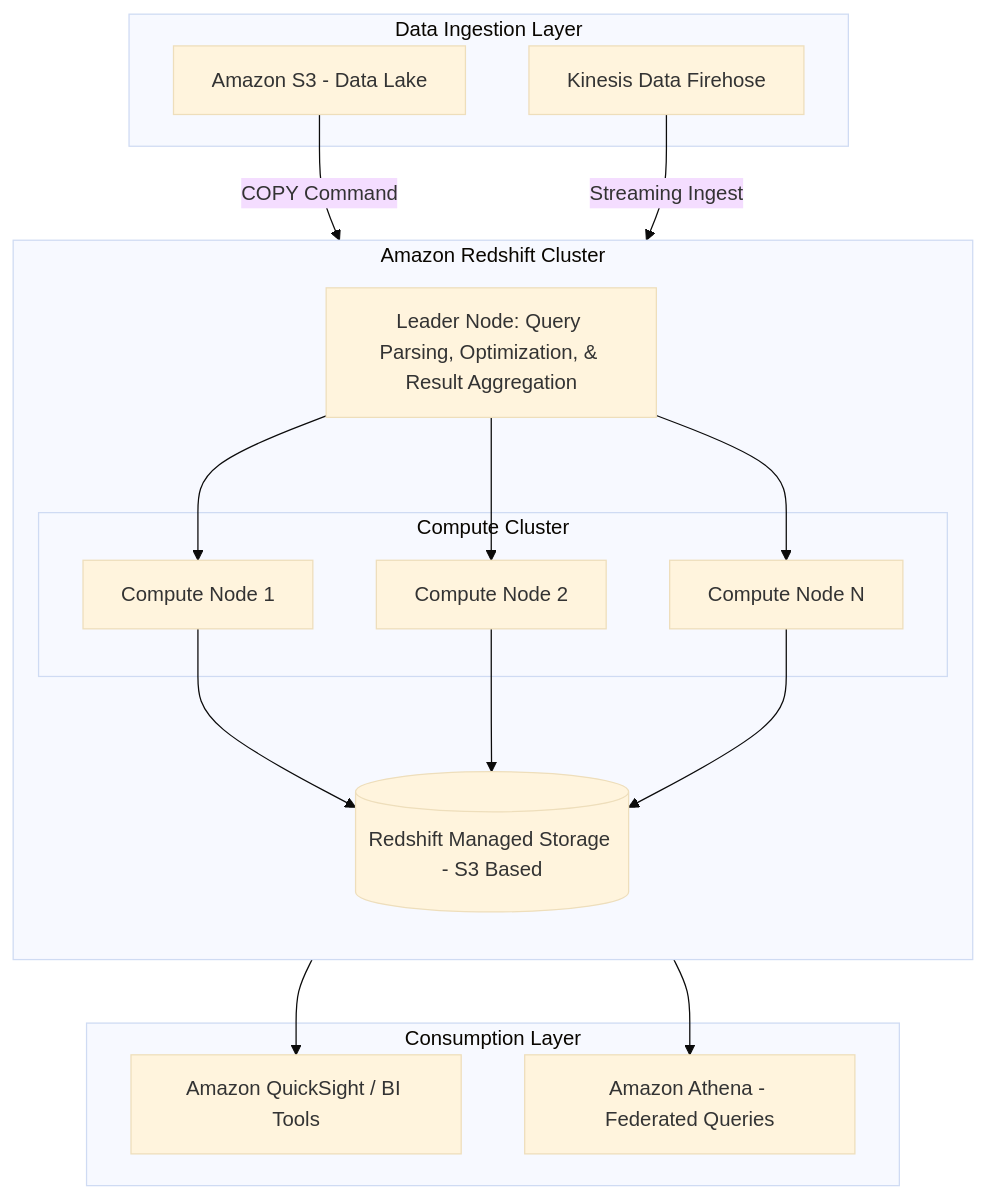
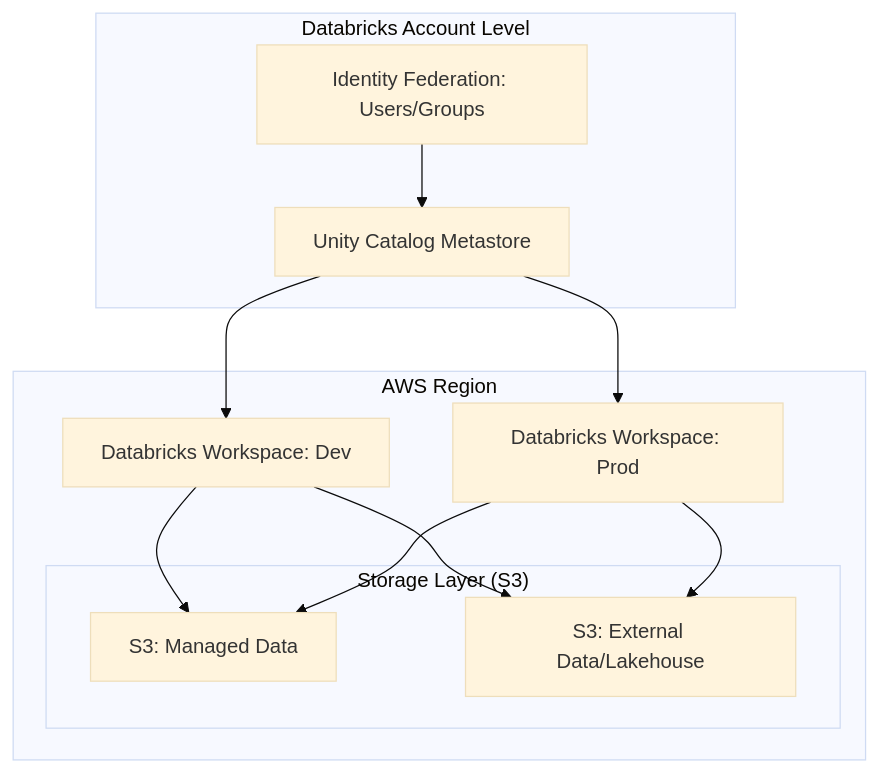
Before and after one commit to DataTechBridge-Projects/databricks-trainer: the ninth of 14 diagrams in output/complete_course.md, drawn with Mermaid (base theme). The commit also changed other lines of this file and 33 other files, not shown here.

````diff
--- a/output/complete_course.md
+++ b/output/complete_course.md
@@ -1835,37 +2143,25 @@
 ```mermaid
 graph TD
-    subgraph "Data Ingestion Layer"
-        S3[Amazon S3 - Data Lake]
-        Kinesis[Kinesis Data Firehose]
+    subgraph "Databricks Account Level"
+        UC[Unity Catalog Metastore]
+        ID[Identity Federation: Users/Groups]
     end
 
-    subgraph "Amazon Redshift Cluster"
-        direction TB
-        Leader[Leader Node: Query Parsing, Optimization, & Result Aggregation]
+    subgraph "AWS Region"
+        WS1[Databricks Workspace: Dev]
+        WS2[Databricks Workspace: Prod]
         
-        subgraph "Compute Cluster"
-            Node1[Compute Node 1]
-            Node2[Compute Node 2]
-            NodeN[Compute Node N]
+        subgraph "Storage Layer (S3)"
+            S3_Managed[S3: Managed Data]
+            S3_External[S3: External Data/Lakehouse]
         end
-        
-        ManagedStorage[(Redshift Managed Storage - S3 Based)]
     end
 
-    subgraph "Consumption Layer"
-        QuickSight[Amazon QuickSight / BI Tools]
-        Athena[Amazon Athena - Federated Queries]
-
-    end
-
-    S3 -->|COPY Command| Leader
-    Kinesis -->|Streaming Ingest| Leader
-    Leader --> Node1
-    Leader --> Node2
-    Leader --> NodeN
-    Node1 --> ManagedStorage
-    Node2 --> ManagedStorage
-    NodeN --> ManagedStorage
-    Leader --> QuickSight
-    Leader --> Athena
+    UC --> WS1
+    UC --> WS2
+    WS1 --> S3_Managed
+    WS1 --> S3_External
+    WS2 --> S3_Managed
+    WS2 --> S3_External
+    ID --> UC
 ```
````
